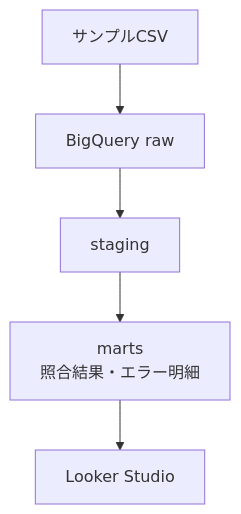
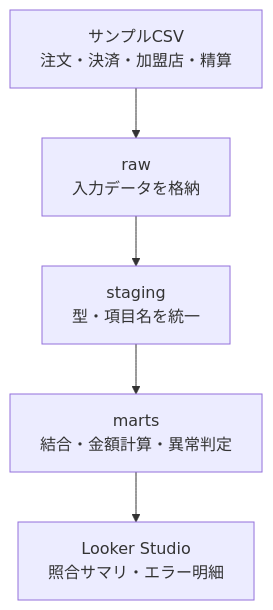
One commit to Naohide-Sugita/payment-reconciliation-data-mart changed the diagram in README.md. Above: the diagram before and after it, drawn with Mermaid. The commit also changed other lines of this file, not shown here.

````diff
--- a/README.md
+++ b/README.md
@@ -9,7 +9,10 @@
 ```mermaid
 flowchart TD
-    CSV["サンプルCSV"] --> RAW["BigQuery raw"]
-    RAW --> STG["staging"]
-    STG --> MARTS["marts<br/>照合結果・エラー明細"]
-    MARTS --> BI["Looker Studio"]
+    CSV["サンプルCSV<br/>注文・決済・加盟店・精算"]
+    RAW["raw<br/>入力データを格納"]
+    STG["staging<br/>型・項目名を統一"]
+    MARTS["marts<br/>結合・金額計算・異常判定"]
+    BI["Looker Studio<br/>照合サマリ・エラー明細"]
+
+    CSV --> RAW --> STG --> MARTS --> BI
 ```
````
